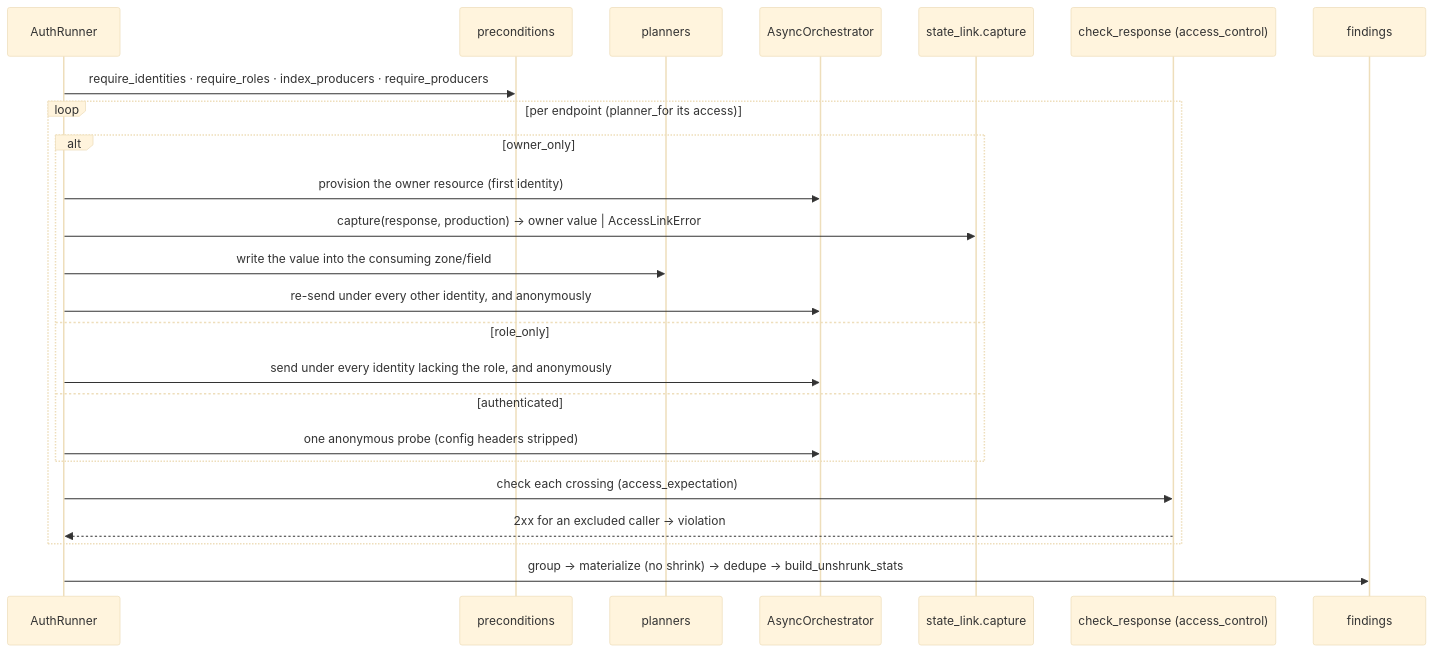
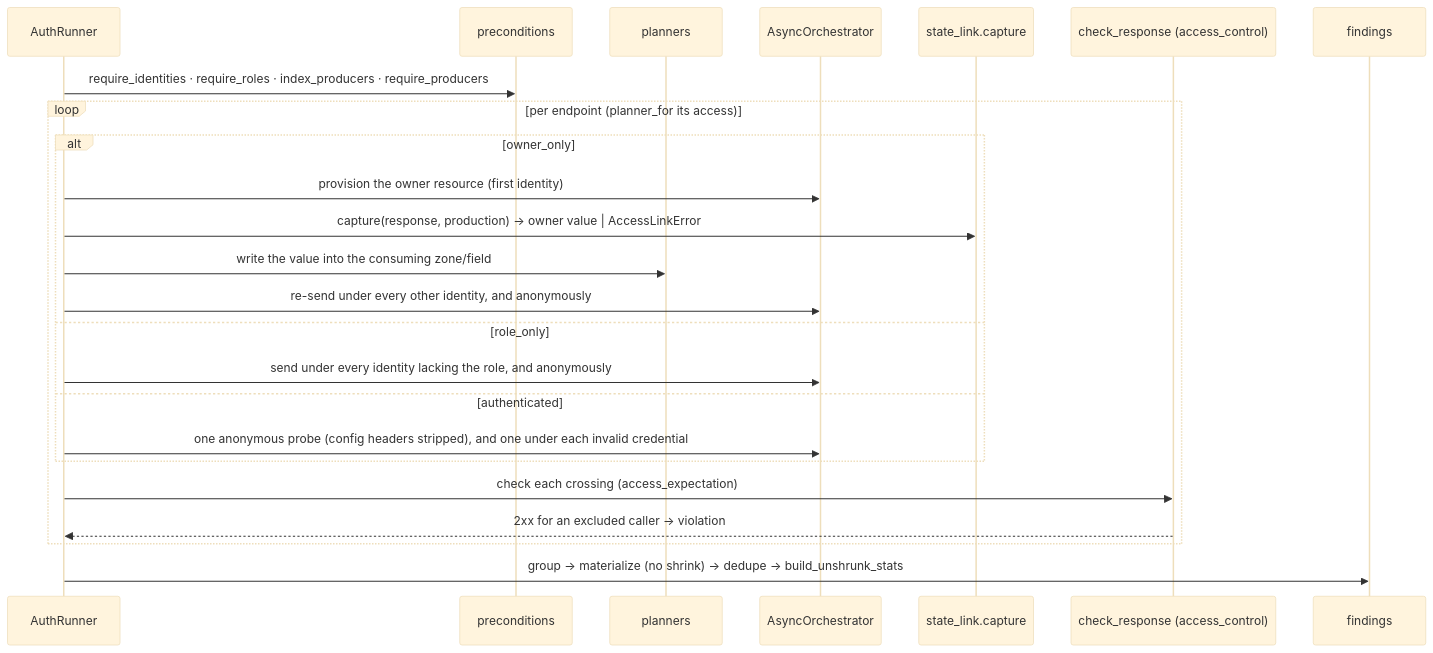
One commit to Spec-Forge-Testing/specforge-docs changed the sixth of 6 diagrams in docs/modules/custom-schemathesis/execution-modes.md. Above: the diagram before and after it, drawn with Mermaid (base theme). The commit also changed other lines of this file and 4 other files, not shown here.

````diff
--- a/docs/modules/custom-schemathesis/execution-modes.md
+++ b/docs/modules/custom-schemathesis/execution-modes.md
@@ -241,27 +250,27 @@
 ```mermaid
 sequenceDiagram
     participant AR as AuthRunner
     participant Pre as preconditions
     participant Pl as planners
     participant Orch as AsyncOrchestrator
     participant Cap as state_link.capture
     participant Or as check_response (access_control)
     participant Fnd as findings
 
     AR->>Pre: require_identities · require_roles · index_producers · require_producers
     loop per endpoint (planner_for its access)
         alt owner_only
             AR->>Orch: provision the owner resource (first identity)
             AR->>Cap: capture(response, production) → owner value | AccessLinkError
             AR->>Pl: write the value into the consuming zone/field
             AR->>Orch: re-send under every other identity, and anonymously
         else role_only
             AR->>Orch: send under every identity lacking the role, and anonymously
         else authenticated
-            AR->>Orch: one anonymous probe (config headers stripped)
+            AR->>Orch: one anonymous probe (config headers stripped), and one under each invalid credential
         end
         AR->>Or: check each crossing (access_expectation)
         Or-->>AR: 2xx for an excluded caller → violation
     end
     AR->>Fnd: group → materialize (no shrink) → dedupe → build_unshrunk_stats
 ```
````
